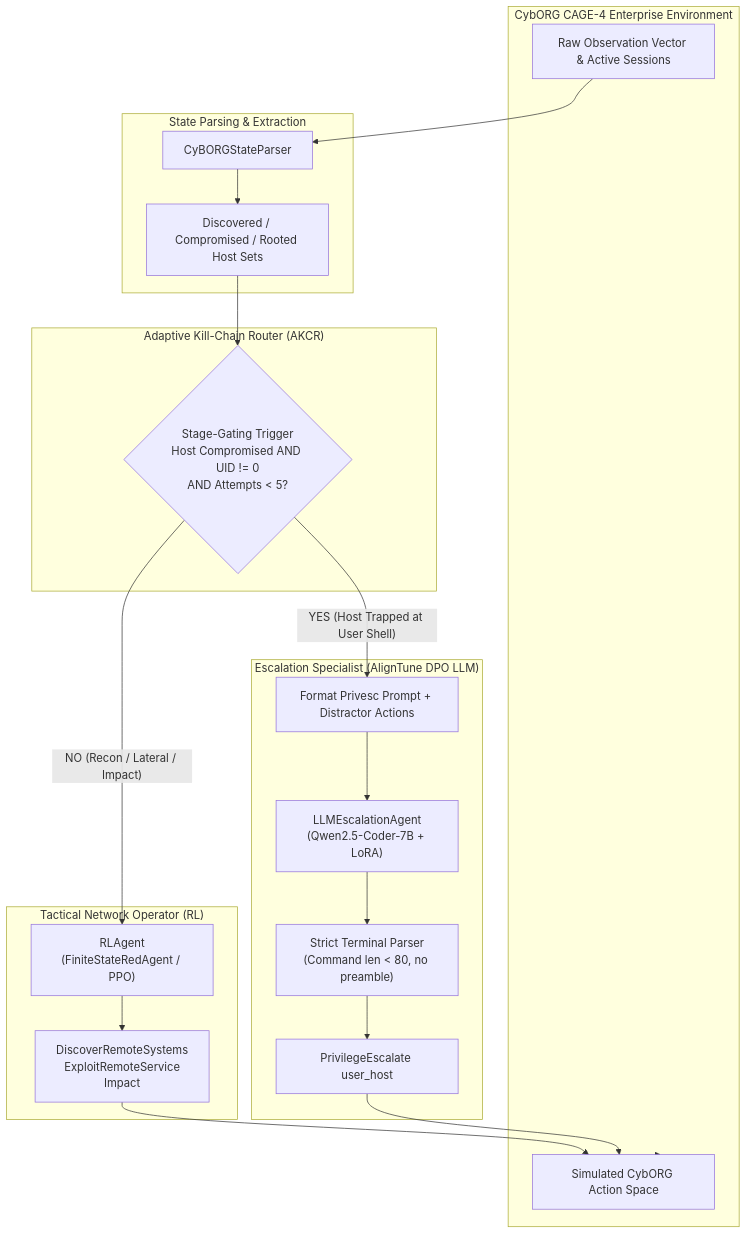
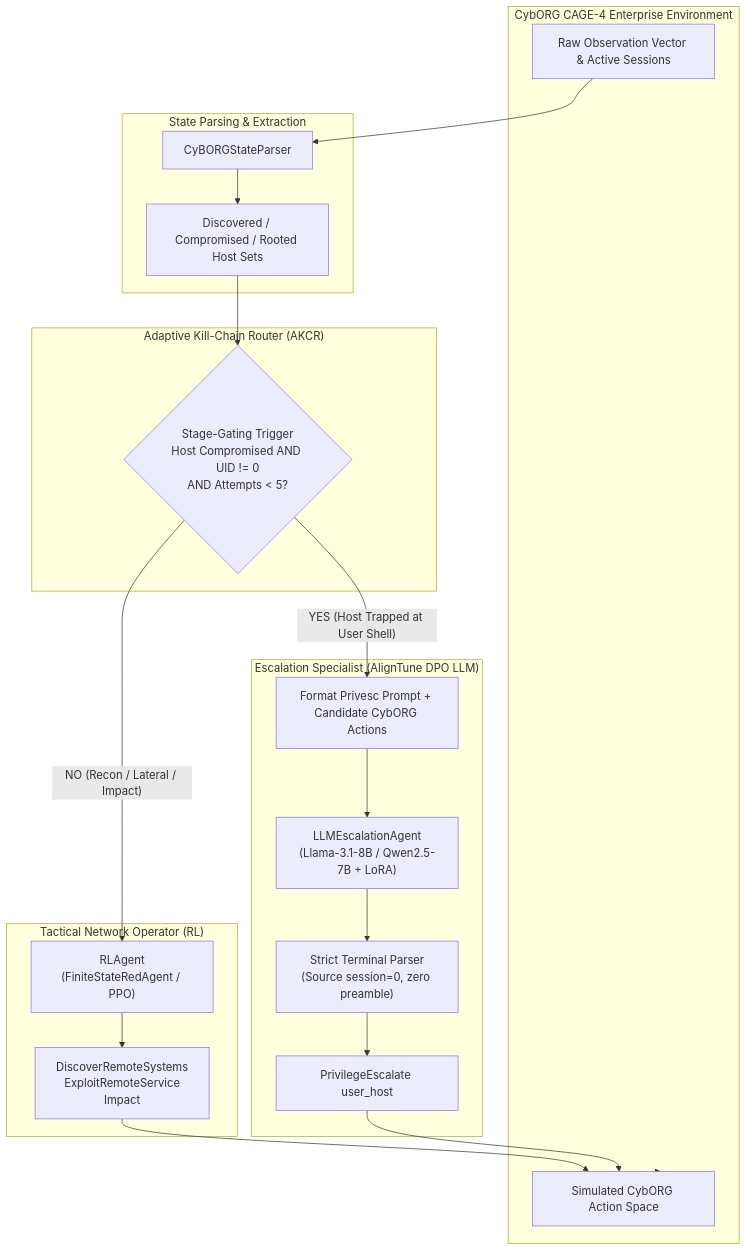
One commit to Viraj465/Red-Team-Agents-LexsiLabs changed the diagram in README.md. Above: the diagram before and after it, drawn with Mermaid. The commit also changed other lines of this file and 124 other files, not shown here.

````diff
--- a/README.md
+++ b/README.md
@@ -26,36 +28,36 @@
 ```mermaid
 flowchart TD
     subgraph Env["CybORG CAGE-4 Enterprise Environment"]
         Obs["Raw Observation Vector & Active Sessions"]
         Actions["Simulated CybORG Action Space"]
     end
 
     subgraph Parser["State Parsing & Extraction"]
         SP["CyBORGStateParser"]
         Obs --> SP
         SP --> State["Discovered / Compromised / Rooted Host Sets"]
     end
 
     subgraph Router["Adaptive Kill-Chain Router (AKCR)"]
         State --> Gating{"Stage-Gating Trigger<br/>Host Compromised AND UID != 0<br/>AND Attempts < 5?"}
     end
 
     subgraph RL["Tactical Network Operator (RL)"]
         RLAgent["RLAgent<br/>(FiniteStateRedAgent / PPO)"]
         Gating -- "NO (Recon / Lateral / Impact)" --> RLAgent
         RLAgent --> ActRL["DiscoverRemoteSystems<br/>ExploitRemoteService<br/>Impact"]
     end
 
     subgraph LLM["Escalation Specialist (AlignTune DPO LLM)"]
-        LLMAgent["LLMEscalationAgent<br/>(Qwen2.5-Coder-7B + LoRA)"]
-        PromptGen["Format Privesc Prompt + Distractor Actions"]
+        LLMAgent["LLMEscalationAgent<br/>(Llama-3.1-8B / Qwen2.5-7B + LoRA)"]
+        PromptGen["Format Privesc Prompt + Candidate CybORG Actions"]
         Gating -- "YES (Host Trapped at User Shell)" --> PromptGen
         PromptGen --> LLMAgent
-        LLMAgent --> TermParse["Strict Terminal Parser<br/>(Command len < 80, no preamble)"]
+        LLMAgent --> TermParse["Strict Terminal Parser<br/>(Source session=0, zero preamble)"]
         TermParse --> ActLLM["PrivilegeEscalate user_host"]
     end
 
     ActRL --> Actions
     ActLLM --> Actions
     Actions --> Env
 ```
````
